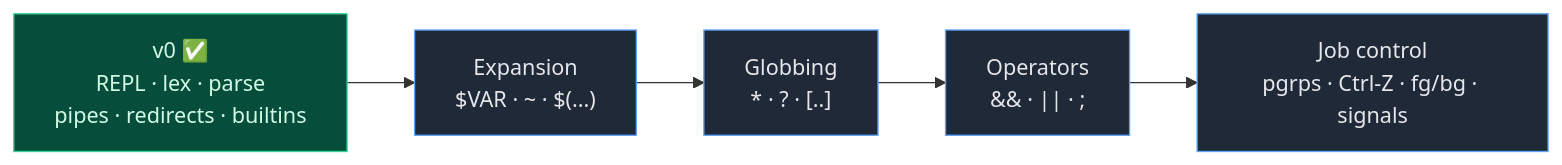
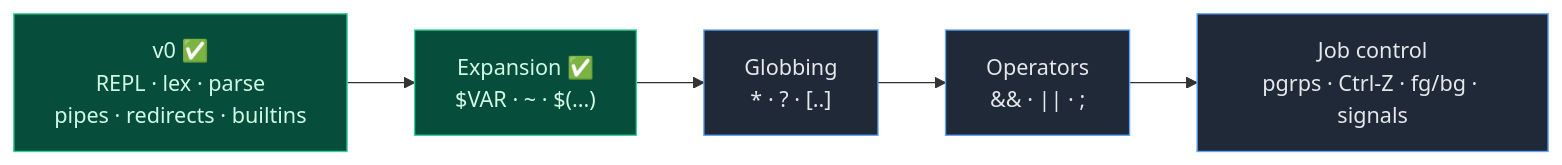
One commit to baileyrd/rush changed the sixth of 6 diagrams in docs/ARCHITECTURE.md. Above: the diagram before and after it, drawn with Mermaid. The commit also changed other lines of this file and 6 other files, not shown here.

````diff
--- a/docs/ARCHITECTURE.md
+++ b/docs/ARCHITECTURE.md
@@ -282,15 +330,16 @@
 ```mermaid
 flowchart LR
     v0["v0 ✅<br/>REPL · lex · parse<br/>pipes · redirects · builtins"]
-    e1["Expansion<br/>$VAR · ~ · $(...)"]
+    e1["Expansion ✅<br/>$VAR · ~ · $(...)"]
     e2["Globbing<br/>* · ? · [..]"]
     e3["Operators<br/>&amp;&amp; · || · ;"]
     e4["Job control<br/>pgrps · Ctrl-Z · fg/bg · signals"]
 
     v0 --> e1 --> e2 --> e3 --> e4
 
     classDef done fill:#064e3b,stroke:#34d399,color:#d1fae5;
     classDef todo fill:#1f2937,stroke:#60a5fa,color:#e5e7eb;
     class v0 done;
-    class e1,e2,e3,e4 todo;
+    class e1 done;
+    class e2,e3,e4 todo;
 ```
````
